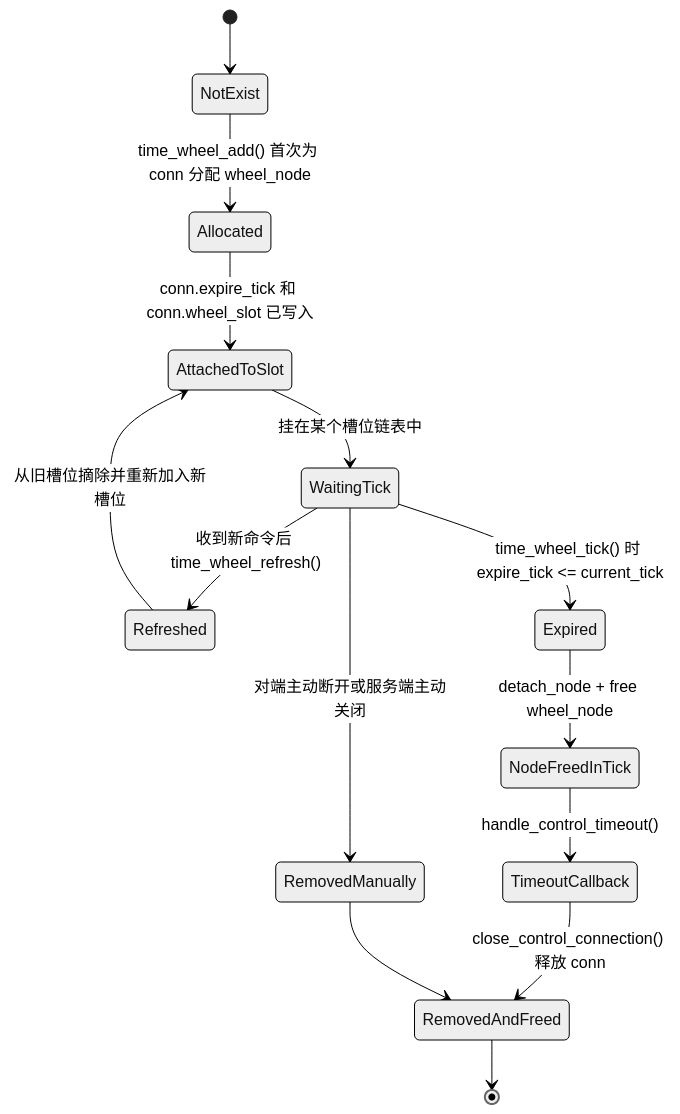
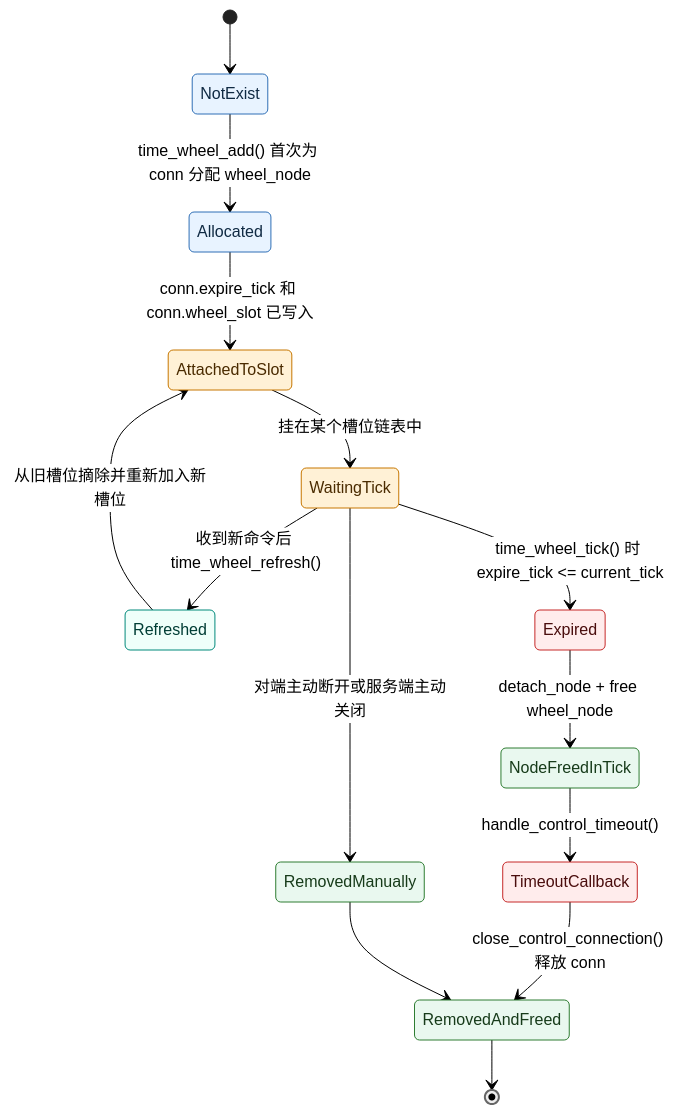
Before and after one commit to panlong-studio/WindCloud_V4: the seventh of 12 diagrams in docs/V5全流程状态图详解.md, drawn with Mermaid (neutral theme). The commit also changed other lines of this file and 5 other files, not shown here.

````diff
--- a/docs/V5全流程状态图详解.md
+++ b/docs/V5全流程状态图详解.md
@@ -528,19 +604,31 @@
 ```mermaid
 stateDiagram-v2
     [*] --> NotExist
     NotExist --> Allocated: time_wheel_add() 首次为 conn 分配 wheel_node
     Allocated --> AttachedToSlot: conn.expire_tick 和 conn.wheel_slot 已写入
     AttachedToSlot --> WaitingTick: 挂在某个槽位链表中
 
     WaitingTick --> Refreshed: 收到新命令后 time_wheel_refresh()
     Refreshed --> AttachedToSlot: 从旧槽位摘除并重新加入新槽位
 
     WaitingTick --> Expired: time_wheel_tick() 时 expire_tick <= current_tick
     Expired --> NodeFreedInTick: detach_node + free wheel_node
     NodeFreedInTick --> TimeoutCallback: handle_control_timeout()
     TimeoutCallback --> RemovedAndFreed: close_control_connection() 释放 conn
 
     WaitingTick --> RemovedManually: 对端主动断开或服务端主动关闭
     RemovedManually --> RemovedAndFreed
     RemovedAndFreed --> [*]
+    classDef init fill:#E8F3FF,stroke:#2F6FB6,color:#102A43
+    classDef active fill:#FFF1D6,stroke:#C77700,color:#4A2B00
+    classDef transfer fill:#EFFFFA,stroke:#00897B,color:#003D35
+    classDef success fill:#E9F8EF,stroke:#2E7D32,color:#173B1A
+    classDef final fill:#F3ECFF,stroke:#7C4DFF,color:#2D1B69
+    classDef fail fill:#FFECEC,stroke:#C62828,color:#4A0D0D
+
+    class NotExist,Allocated init
+    class AttachedToSlot,WaitingTick active
+    class Refreshed transfer
+    class NodeFreedInTick,RemovedManually,RemovedAndFreed success
+    class Expired,TimeoutCallback fail
 ```
````
